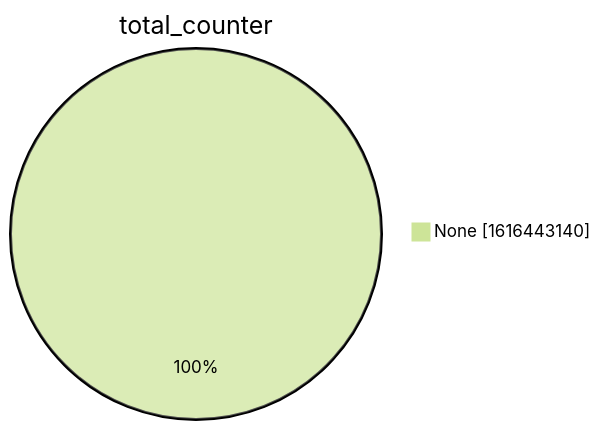
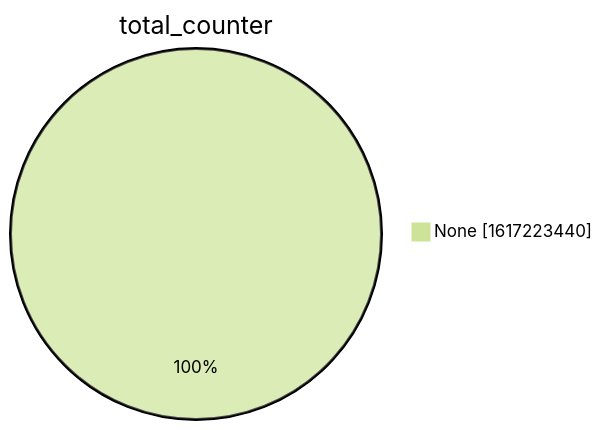
Before and after one commit to christiankrug/ctmonitor_visualization: the second of 15 diagrams in xenon2022/README.md, drawn with Mermaid (forest theme). The commit also changed other lines of this file, not shown here.

````diff
--- a/xenon2022/README.md
+++ b/xenon2022/README.md
@@ -9,5 +9,5 @@
 ```mermaid
 pie showData
 title total_counter
-"None" :1616443140
+"None" :1617223440
 ```
````
